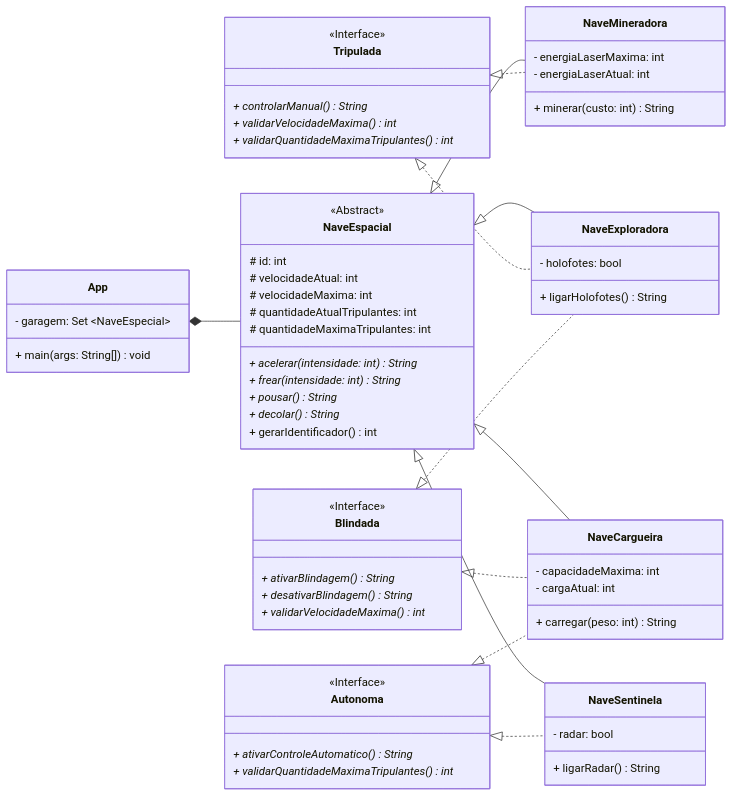
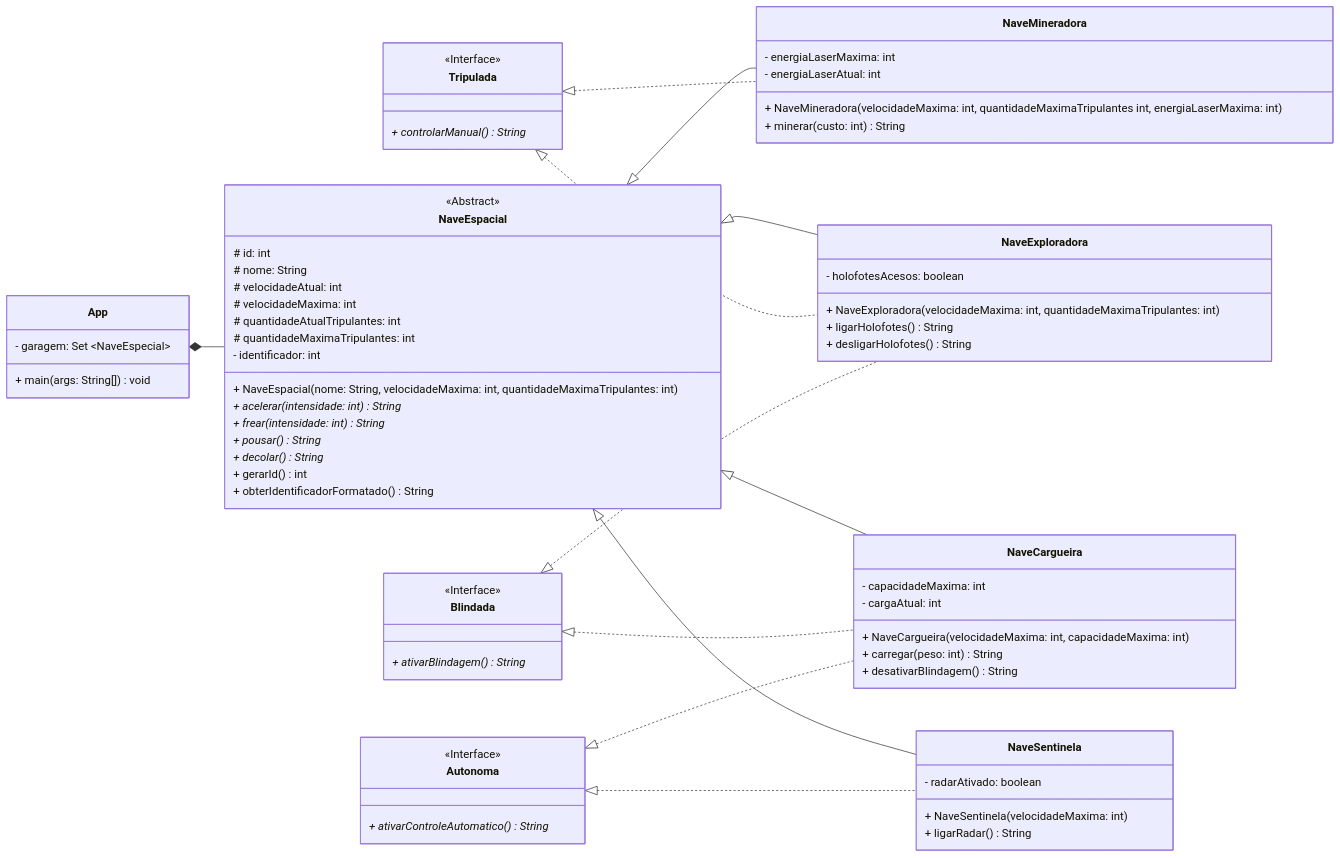
The diagram in readme.md (sergio-prolo-class/lista-4-willian), drawn with Mermaid before and after one commit.

Commit message:
Edita o arquivo readme.md

```diff
--- a/readme.md
+++ b/readme.md
@@ -16,65 +16,69 @@
     class NaveEspacial {
             <<Abstract>>
         # id: int
+        # nome: String
         # velocidadeAtual: int
         # velocidadeMaxima: int
         # quantidadeAtualTripulantes: int
         # quantidadeMaximaTripulantes: int
+        - identificador: int
         
-        
+        + NaveEspacial(nome: String, velocidadeMaxima: int, quantidadeMaximaTripulantes: int)
         + acelerar(intensidade: int) String *
         + frear(intensidade: int) String *
         + pousar() String *
         + decolar() String *
-        + gerarIdentificador() int
+        + gerarId() int
+        + obterIdentificadorFormatado() String
     }
     
     class NaveMineradora {
         - energiaLaserMaxima: int
         - energiaLaserAtual: int
+
+        + NaveMineradora(velocidadeMaxima: int, quantidadeMaximaTripulantes int, energiaLaserMaxima: int)
         
         + minerar(custo: int) String
     }
     
     class NaveExploradora {
-        - holofotes: bool
+        - holofotesAcesos: boolean
+
+        + NaveExploradora(velocidadeMaxima: int, quantidadeMaximaTripulantes: int)
         + ligarHolofotes() String
+        + desligarHolofotes() String
     }
     
     class NaveCargueira {
         - capacidadeMaxima: int
         - cargaAtual: int
+
+        + NaveCargueira(velocidadeMaxima: int, capacidadeMaxima: int)
         + carregar(peso: int) String
-        
-        
-        
-        
+        + desativarBlindagem() String
     }
     
     class NaveSentinela {
-        - radar: bool
+        - radarAtivado: boolean
+
+        + NaveSentinela(velocidadeMaxima: int)
         + ligarRadar() String
     }
     
     class Tripulada {
         <<Interface>>
         + controlarManual() String *
-        + validarVelocidadeMaxima() int *
-        + validarQuantidadeMaximaTripulantes() int *
     }
     
     class Blindada {
         <<Interface>>
         
         + ativarBlindagem() String *
-        + desativarBlindagem() String *
-        + validarVelocidadeMaxima() int *
     }
     
     class Autonoma {
         <<Interface>>
         + ativarControleAutomatico() String *
-        + validarQuantidadeMaximaTripulantes() int *
     }
     
     
```
